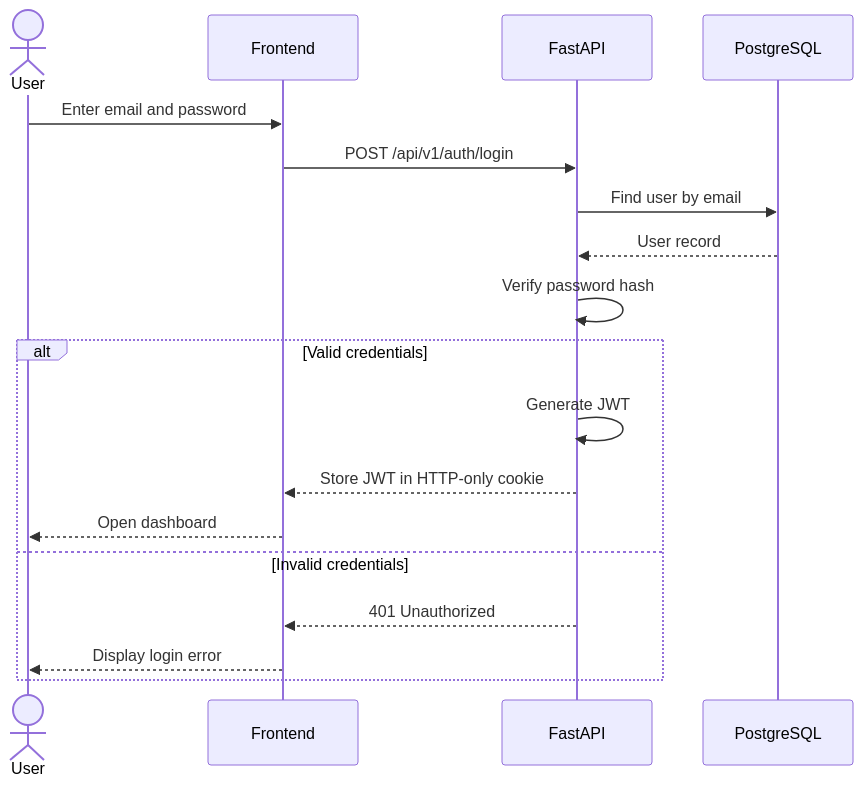
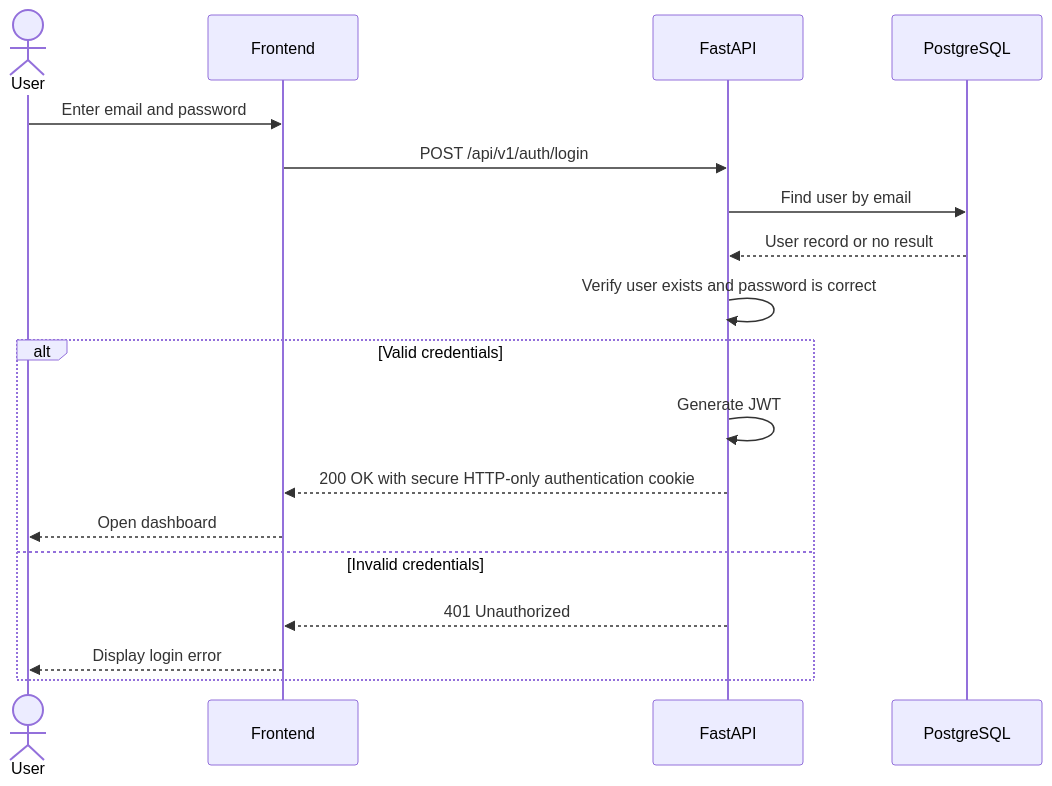
One commit to yasminhzrn/job-application-tracker changed the second of 12 diagrams in docs/action-flow.md. Above: the diagram before and after it, drawn with Mermaid. The commit also changed other lines of this file, not shown here.

Commit message:
add resume flow design

````diff
--- a/docs/action-flow.md
+++ b/docs/action-flow.md
@@ -38,22 +40,22 @@
 ```mermaid
 sequenceDiagram
     actor User
     participant Frontend
     participant API as FastAPI
     participant DB as PostgreSQL
 
     User->>Frontend: Enter email and password
     Frontend->>API: POST /api/v1/auth/login
     API->>DB: Find user by email
-    DB-->>API: User record
-    API->>API: Verify password hash
+    DB-->>API: User record or no result
+    API->>API: Verify user exists and password is correct
 
     alt Valid credentials
         API->>API: Generate JWT
-        API-->>Frontend: Store JWT in HTTP-only cookie
+        API-->>Frontend: 200 OK with secure HTTP-only authentication cookie
         Frontend-->>User: Open dashboard
     else Invalid credentials
         API-->>Frontend: 401 Unauthorized
         Frontend-->>User: Display login error
     end
 ```
````
